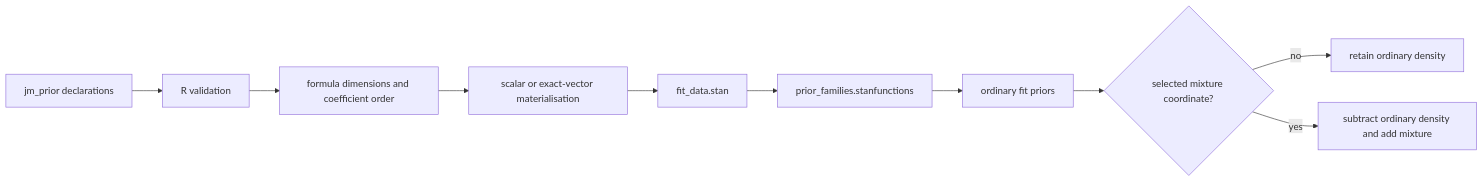
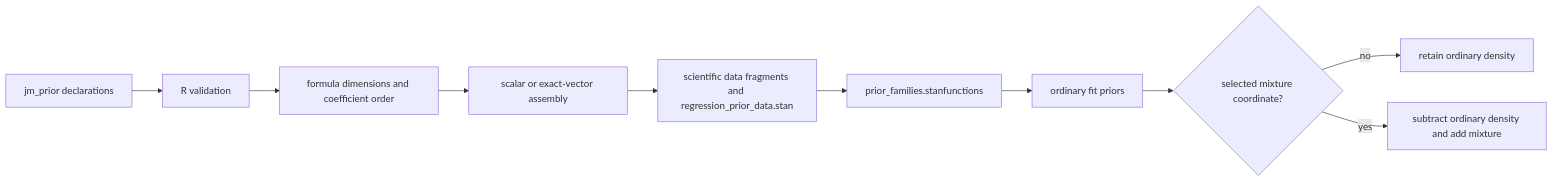
One commit to trinhdhk/joinme changed the fourth of 8 diagrams in notes/docs/architecture.md. Above: the diagram before and after it, drawn with Mermaid. The commit also changed other lines of this file and 92 other files, not shown here.

````diff
--- a/notes/docs/architecture.md
+++ b/notes/docs/architecture.md
@@ -288,12 +492,12 @@
 ```mermaid
 flowchart LR
   A[jm_prior declarations] --> B[R validation]
   B --> C[formula dimensions and coefficient order]
-  C --> D[scalar or exact-vector materialisation]
-  D --> E[fit_data.stan]
+  C --> D[scalar or exact-vector assembly]
+  D --> E[scientific data fragments and regression_prior_data.stan]
   E --> F[prior_families.stanfunctions]
   F --> G[ordinary fit priors]
   G --> H{selected mixture coordinate?}
   H -->|no| I[retain ordinary density]
   H -->|yes| J[subtract ordinary density and add mixture]
 ```
````
